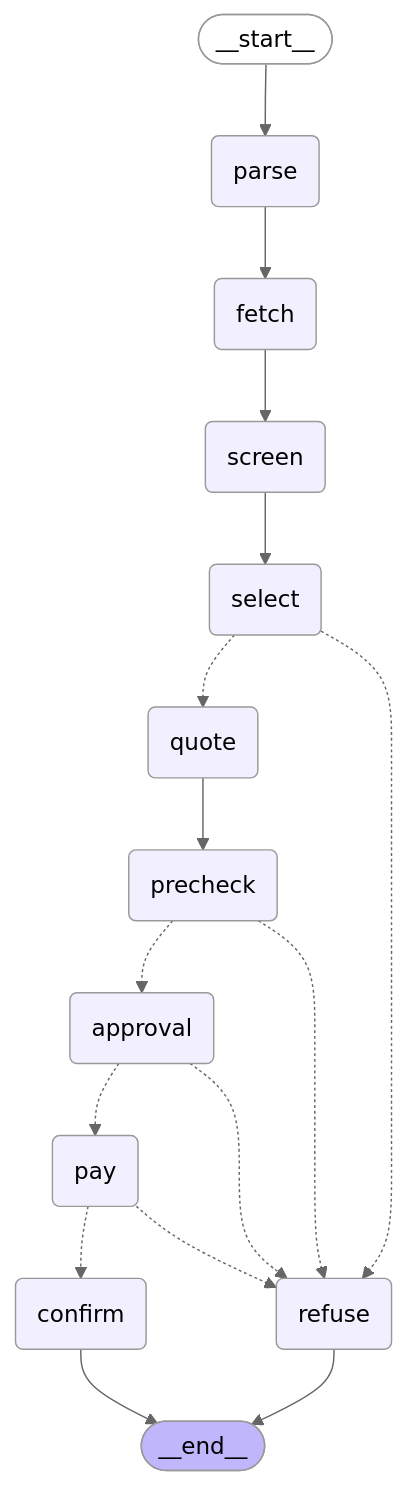
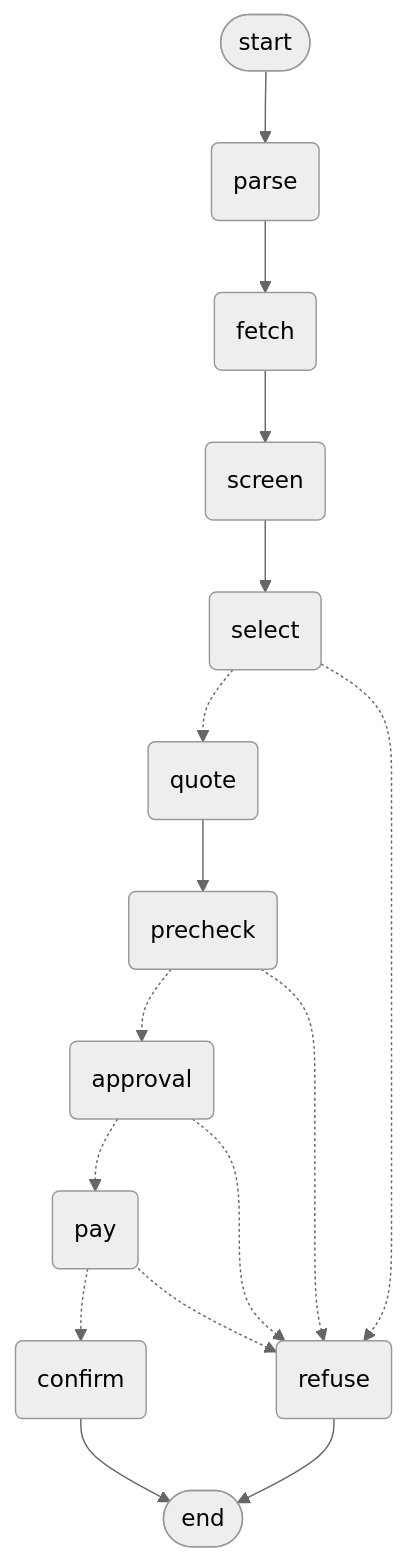
Before and after one commit to as-45/Razorpay_hackathon: the second of 2 diagrams in ARCHITECTURE.md, drawn with Mermaid (neutral theme). The commit also changed other lines of this file, not shown here.

Commit message:
Document system architecture and agent graph

````diff
--- a/ARCHITECTURE.md
+++ b/ARCHITECTURE.md
@@ -53,33 +52,30 @@
 ```mermaid
 graph TD;
-        __start__([__start__]):::first
-        parse(parse)
-        fetch(fetch)
-        screen(screen)
-        select(select)
-        quote(quote)
-        precheck(precheck)
-        approval(approval)
-        pay(pay)
-        confirm(confirm)
-        refuse(refuse)
-        __end__([__end__]):::last
-        __start__ --> parse;
-        parse --> fetch;
-        fetch --> screen;
-        screen --> select;
-        select -.-> quote;
-        select -.-> refuse;
-        quote --> precheck;
-        precheck -.-> approval;
-        precheck -.-> refuse;
-        approval -.-> pay;
-        approval -.-> refuse;
-        pay -.-> confirm;
-        pay -.-> refuse;
-        confirm --> __end__;
-        refuse --> __end__;
-        classDef default fill:#f2f0ff,line-height:1.2
-        classDef first fill-opacity:0
-        classDef last fill:#bfb6fc
+    start([start]);
+    parse(parse);
+    fetch(fetch);
+    screen(screen);
+    select(select);
+    quote(quote);
+    precheck(precheck);
+    approval(approval);
+    pay(pay);
+    confirm(confirm);
+    refuse(refuse);
+    finish([end]);
+    start --> parse;
+    parse --> fetch;
+    fetch --> screen;
+    screen --> select;
+    select -.-> quote;
+    select -.-> refuse;
+    quote --> precheck;
+    precheck -.-> approval;
+    precheck -.-> refuse;
+    approval -.-> pay;
+    approval -.-> refuse;
+    pay -.-> confirm;
+    pay -.-> refuse;
+    confirm --> finish;
+    refuse --> finish;
 ```
````
